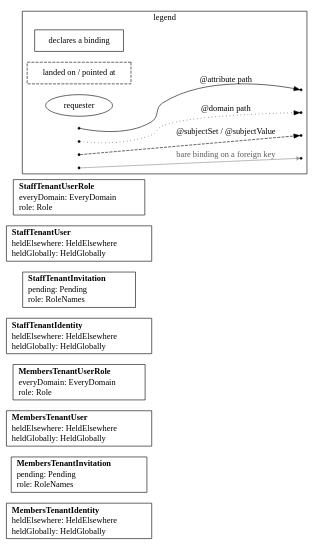
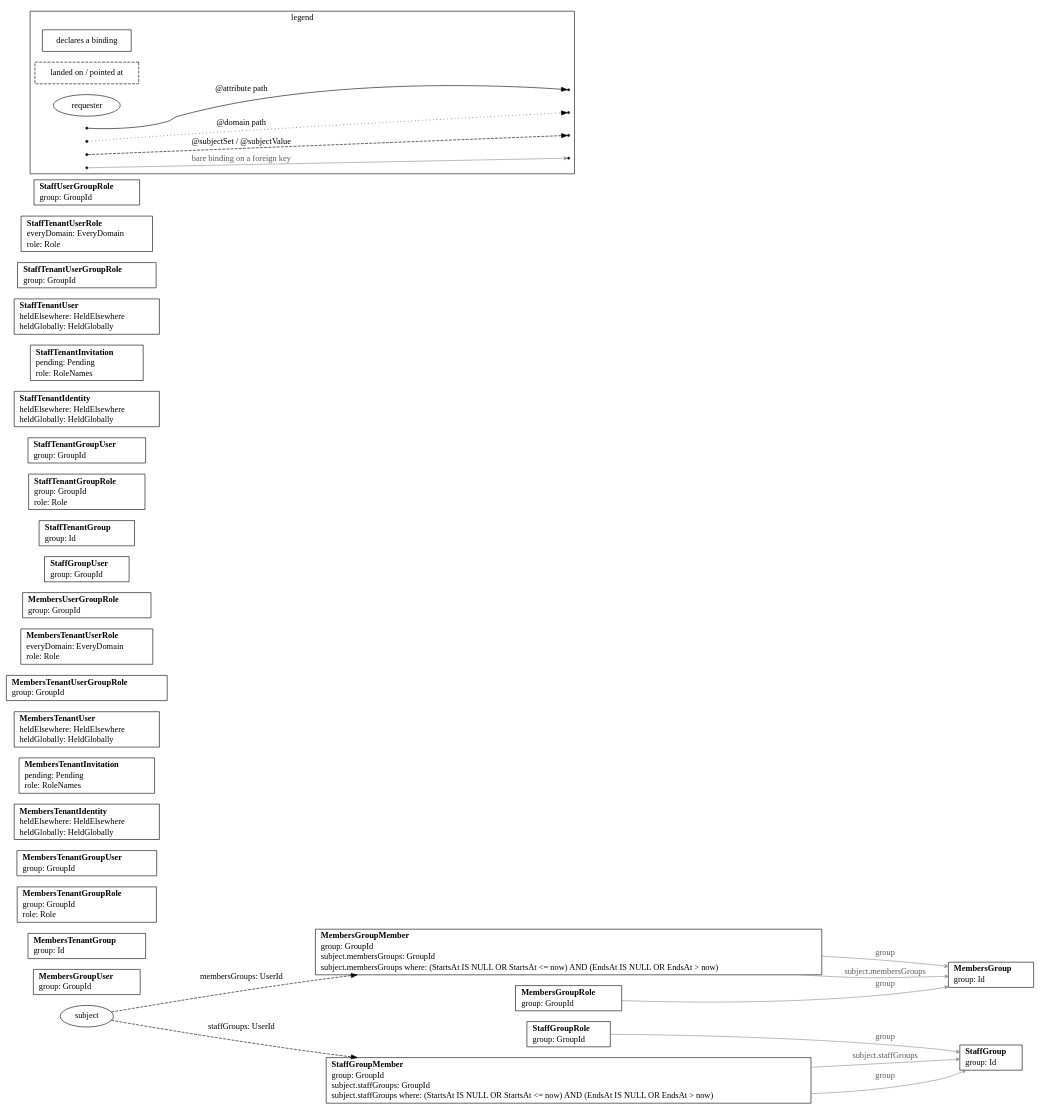
The diagram in cmd/impulse/internal/skeleton/_candidates/outlets/pkg/resources/zz_gen_bindings.dot (impulseframework/impulse), drawn with Graphviz before and after one commit. The commit also changed 435 other files, not shown here.

```diff
--- a/cmd/impulse/internal/skeleton/_candidates/outlets/pkg/resources/zz_gen_bindings.dot
+++ b/cmd/impulse/internal/skeleton/_candidates/outlets/pkg/resources/zz_gen_bindings.dot
@@ -1,40 +1,71 @@
 // Code generated by resourcegeneration. DO NOT EDIT.
 // Bindings: every attribute and subject binding this package declares. A box per
 // declaring resource lists its bare bindings as `name: column`; dashed boxes are
 // the tables a path lands on or a foreign key points at; the subject ellipse is
 // the requester, entering each anchor once with every name it yields there. One
 // edge per hop, drawn once however many paths share it: solid for @attribute,
 // dotted for @domain, dashed for a subject binding, labeled `name: column` on a
 // continuing hop and `name: column ⇒ column` where the path terminates; a thin
 // grey edge points a bare binding on a foreign key at its table. Facts only: no
 // grant or condition is drawn.
+// A subject set that writes a who: or a where: part lists each under the set, in
+// the columns' names: who: says which rows are the requester's, where: which of
+// those rows count. A set that builds on another is a dashed edge from the
+// resource declaring that other set, labeled `name: column IN subject.other`.
 digraph Bindings {
 	rankdir=LR;
 	node [shape=box];
+	"MembersGroup" [label=<<table border="0" cellborder="0" cellspacing="0" cellpadding="1"><tr><td align="left"><b>MembersGroup</b></td></tr><tr><td align="left">group: Id</td></tr></table>>];
+	"MembersGroupMember" [label=<<table border="0" cellborder="0" cellspacing="0" cellpadding="1"><tr><td align="left"><b>MembersGroupMember</b></td></tr><tr><td align="left">group: GroupId</td></tr><tr><td align="left">subject.membersGroups: GroupId</td></tr><tr><td align="left">subject.membersGroups where: (StartsAt IS NULL OR StartsAt &lt;= now) AND (EndsAt IS NULL OR EndsAt &gt; now)</td></tr></table>>];
+	"MembersGroupRole" [label=<<table border="0" cellborder="0" cellspacing="0" cellpadding="1"><tr><td align="left"><b>MembersGroupRole</b></td></tr><tr><td align="left">group: GroupId</td></tr></table>>];
+	"MembersGroupUser" [label=<<table border="0" cellborder="0" cellspacing="0" cellpadding="1"><tr><td align="left"><b>MembersGroupUser</b></td></tr><tr><td align="left">group: GroupId</td></tr></table>>];
+	"MembersTenantGroup" [label=<<table border="0" cellborder="0" cellspacing="0" cellpadding="1"><tr><td align="left"><b>MembersTenantGroup</b></td></tr><tr><td align="left">group: Id</td></tr></table>>];
+	"MembersTenantGroupRole" [label=<<table border="0" cellborder="0" cellspacing="0" cellpadding="1"><tr><td align="left"><b>MembersTenantGroupRole</b></td></tr><tr><td align="left">group: GroupId</td></tr><tr><td align="left">role: Role</td></tr></table>>];
+	"MembersTenantGroupUser" [label=<<table border="0" cellborder="0" cellspacing="0" cellpadding="1"><tr><td align="left"><b>MembersTenantGroupUser</b></td></tr><tr><td align="left">group: GroupId</td></tr></table>>];
 	"MembersTenantIdentity" [label=<<table border="0" cellborder="0" cellspacing="0" cellpadding="1"><tr><td align="left"><b>MembersTenantIdentity</b></td></tr><tr><td align="left">heldElsewhere: HeldElsewhere</td></tr><tr><td align="left">heldGlobally: HeldGlobally</td></tr></table>>];
 	"MembersTenantInvitation" [label=<<table border="0" cellborder="0" cellspacing="0" cellpadding="1"><tr><td align="left"><b>MembersTenantInvitation</b></td></tr><tr><td align="left">pending: Pending</td></tr><tr><td align="left">role: RoleNames</td></tr></table>>];
 	"MembersTenantUser" [label=<<table border="0" cellborder="0" cellspacing="0" cellpadding="1"><tr><td align="left"><b>MembersTenantUser</b></td></tr><tr><td align="left">heldElsewhere: HeldElsewhere</td></tr><tr><td align="left">heldGlobally: HeldGlobally</td></tr></table>>];
+	"MembersTenantUserGroupRole" [label=<<table border="0" cellborder="0" cellspacing="0" cellpadding="1"><tr><td align="left"><b>MembersTenantUserGroupRole</b></td></tr><tr><td align="left">group: GroupId</td></tr></table>>];
 	"MembersTenantUserRole" [label=<<table border="0" cellborder="0" cellspacing="0" cellpadding="1"><tr><td align="left"><b>MembersTenantUserRole</b></td></tr><tr><td align="left">everyDomain: EveryDomain</td></tr><tr><td align="left">role: Role</td></tr></table>>];
+	"MembersUserGroupRole" [label=<<table border="0" cellborder="0" cellspacing="0" cellpadding="1"><tr><td align="left"><b>MembersUserGroupRole</b></td></tr><tr><td align="left">group: GroupId</td></tr></table>>];
+	"StaffGroup" [label=<<table border="0" cellborder="0" cellspacing="0" cellpadding="1"><tr><td align="left"><b>StaffGroup</b></td></tr><tr><td align="left">group: Id</td></tr></table>>];
+	"StaffGroupMember" [label=<<table border="0" cellborder="0" cellspacing="0" cellpadding="1"><tr><td align="left"><b>StaffGroupMember</b></td></tr><tr><td align="left">group: GroupId</td></tr><tr><td align="left">subject.staffGroups: GroupId</td></tr><tr><td align="left">subject.staffGroups where: (StartsAt IS NULL OR StartsAt &lt;= now) AND (EndsAt IS NULL OR EndsAt &gt; now)</td></tr></table>>];
+	"StaffGroupRole" [label=<<table border="0" cellborder="0" cellspacing="0" cellpadding="1"><tr><td align="left"><b>StaffGroupRole</b></td></tr><tr><td align="left">group: GroupId</td></tr></table>>];
+	"StaffGroupUser" [label=<<table border="0" cellborder="0" cellspacing="0" cellpadding="1"><tr><td align="left"><b>StaffGroupUser</b></td></tr><tr><td align="left">group: GroupId</td></tr></table>>];
+	"StaffTenantGroup" [label=<<table border="0" cellborder="0" cellspacing="0" cellpadding="1"><tr><td align="left"><b>StaffTenantGroup</b></td></tr><tr><td align="left">group: Id</td></tr></table>>];
+	"StaffTenantGroupRole" [label=<<table border="0" cellborder="0" cellspacing="0" cellpadding="1"><tr><td align="left"><b>StaffTenantGroupRole</b></td></tr><tr><td align="left">group: GroupId</td></tr><tr><td align="left">role: Role</td></tr></table>>];
+	"StaffTenantGroupUser" [label=<<table border="0" cellborder="0" cellspacing="0" cellpadding="1"><tr><td align="left"><b>StaffTenantGroupUser</b></td></tr><tr><td align="left">group: GroupId</td></tr></table>>];
 	"StaffTenantIdentity" [label=<<table border="0" cellborder="0" cellspacing="0" cellpadding="1"><tr><td align="left"><b>StaffTenantIdentity</b></td></tr><tr><td align="left">heldElsewhere: HeldElsewhere</td></tr><tr><td align="left">heldGlobally: HeldGlobally</td></tr></table>>];
 	"StaffTenantInvitation" [label=<<table border="0" cellborder="0" cellspacing="0" cellpadding="1"><tr><td align="left"><b>StaffTenantInvitation</b></td></tr><tr><td align="left">pending: Pending</td></tr><tr><td align="left">role: RoleNames</td></tr></table>>];
 	"StaffTenantUser" [label=<<table border="0" cellborder="0" cellspacing="0" cellpadding="1"><tr><td align="left"><b>StaffTenantUser</b></td></tr><tr><td align="left">heldElsewhere: HeldElsewhere</td></tr><tr><td align="left">heldGlobally: HeldGlobally</td></tr></table>>];
+	"StaffTenantUserGroupRole" [label=<<table border="0" cellborder="0" cellspacing="0" cellpadding="1"><tr><td align="left"><b>StaffTenantUserGroupRole</b></td></tr><tr><td align="left">group: GroupId</td></tr></table>>];
 	"StaffTenantUserRole" [label=<<table border="0" cellborder="0" cellspacing="0" cellpadding="1"><tr><td align="left"><b>StaffTenantUserRole</b></td></tr><tr><td align="left">everyDomain: EveryDomain</td></tr><tr><td align="left">role: Role</td></tr></table>>];
+	"StaffUserGroupRole" [label=<<table border="0" cellborder="0" cellspacing="0" cellpadding="1"><tr><td align="left"><b>StaffUserGroupRole</b></td></tr><tr><td align="left">group: GroupId</td></tr></table>>];
+	"subject" [shape=ellipse];
+	"subject" -> "MembersGroupMember" [style=dashed, label="membersGroups: UserId"];
+	"subject" -> "StaffGroupMember" [style=dashed, label="staffGroups: UserId"];
+	"MembersGroupMember" -> "MembersGroup" [color=gray55, fontcolor=gray35, arrowhead=vee, arrowsize=0.6, label="group"];
+	"MembersGroupMember" -> "MembersGroup" [color=gray55, fontcolor=gray35, arrowhead=vee, arrowsize=0.6, label="subject.membersGroups"];
+	"MembersGroupRole" -> "MembersGroup" [color=gray55, fontcolor=gray35, arrowhead=vee, arrowsize=0.6, label="group"];
+	"StaffGroupMember" -> "StaffGroup" [color=gray55, fontcolor=gray35, arrowhead=vee, arrowsize=0.6, label="group"];
+	"StaffGroupMember" -> "StaffGroup" [color=gray55, fontcolor=gray35, arrowhead=vee, arrowsize=0.6, label="subject.staffGroups"];
+	"StaffGroupRole" -> "StaffGroup" [color=gray55, fontcolor=gray35, arrowhead=vee, arrowsize=0.6, label="group"];
 	subgraph cluster_legend {
 		label="legend";
 		"declares a binding" [shape=box];
 		"landed on / pointed at" [shape=box, style=dashed];
 		"requester" [shape=ellipse];
 		"legend:attribute" [shape=point];
 		"legend:attribute:to" [shape=point];
 		"legend:domain" [shape=point];
 		"legend:domain:to" [shape=point];
 		"legend:subject" [shape=point];
 		"legend:subject:to" [shape=point];
 		"legend:reference" [shape=point];
 		"legend:reference:to" [shape=point];
 		"legend:attribute" -> "legend:attribute:to" [label="@attribute path"];
 		"legend:domain" -> "legend:domain:to" [style=dotted, label="@domain path"];
 		"legend:subject" -> "legend:subject:to" [style=dashed, label="@subjectSet / @subjectValue"];
 		"legend:reference" -> "legend:reference:to" [color=gray55, fontcolor=gray35, arrowhead=vee, arrowsize=0.6, label="bare binding on a foreign key"];
 	}
 }
```
